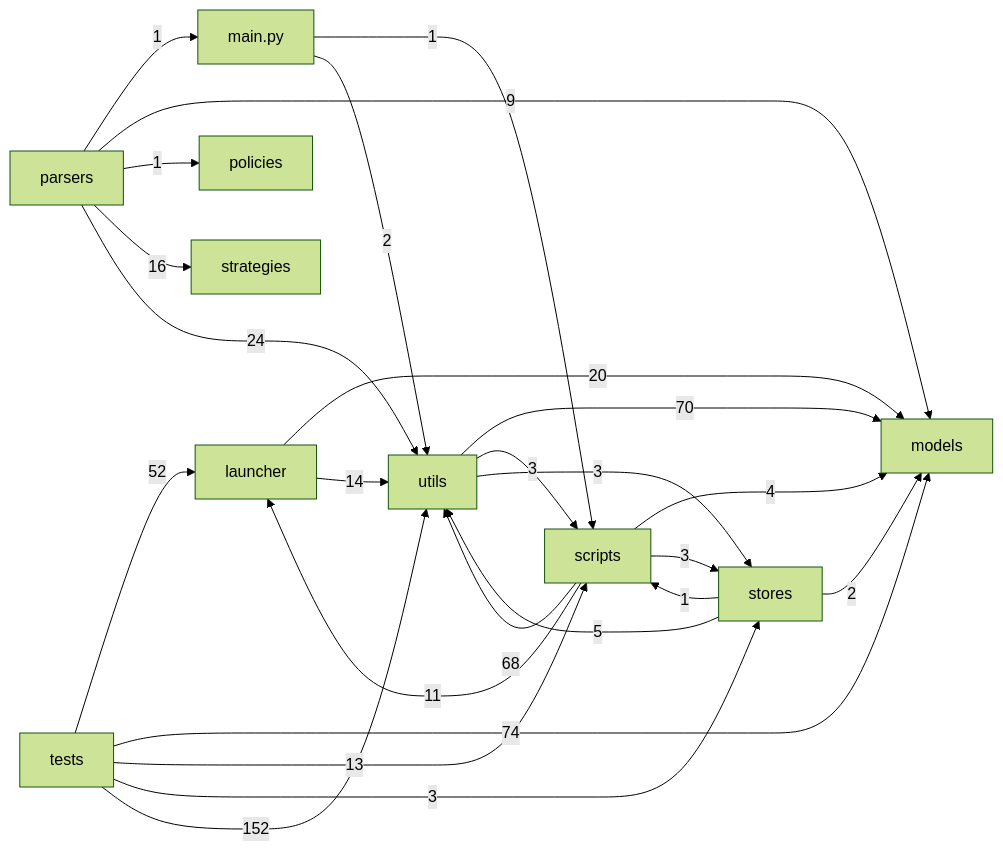
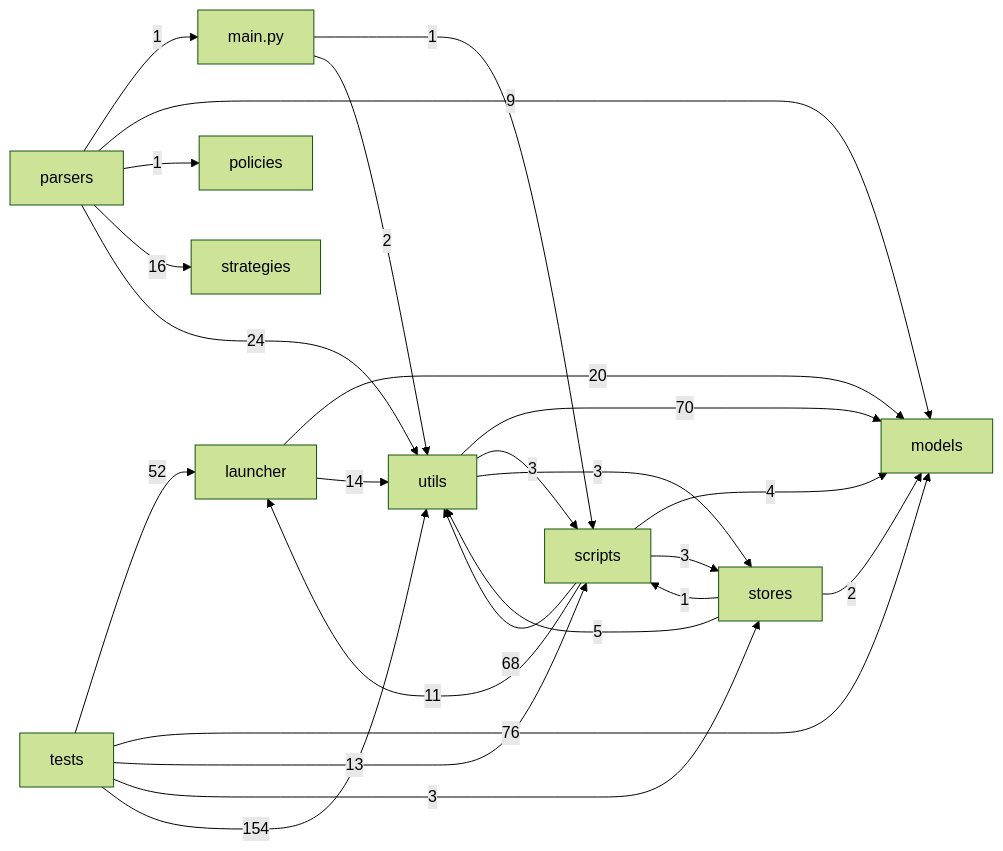
The sixth of 6 diagrams in docs/PROJECT_FILE_FLOW_MAP.md (Lyti4/ParserRIba), drawn with Mermaid (forest theme) before and after one commit. The commit also changed other lines of this file and 9 other files, not shown here.

````diff
--- a/docs/PROJECT_FILE_FLOW_MAP.md
+++ b/docs/PROJECT_FILE_FLOW_MAP.md
@@ -618,27 +618,27 @@
 ```mermaid
 flowchart LR
   n_launcher[launcher] -->|20| n_models[models]
   n_launcher[launcher] -->|14| n_utils[utils]
   n_main_py[main.py] -->|1| n_scripts[scripts]
   n_main_py[main.py] -->|2| n_utils[utils]
   n_parsers[parsers] -->|1| n_main_py[main.py]
   n_parsers[parsers] -->|9| n_models[models]
   n_parsers[parsers] -->|1| n_policies[policies]
   n_parsers[parsers] -->|16| n_strategies[strategies]
   n_parsers[parsers] -->|24| n_utils[utils]
   n_scripts[scripts] -->|11| n_launcher[launcher]
   n_scripts[scripts] -->|4| n_models[models]
   n_scripts[scripts] -->|3| n_stores[stores]
   n_scripts[scripts] -->|68| n_utils[utils]
   n_stores[stores] -->|2| n_models[models]
   n_stores[stores] -->|1| n_scripts[scripts]
   n_stores[stores] -->|5| n_utils[utils]
   n_tests[tests] -->|52| n_launcher[launcher]
-  n_tests[tests] -->|74| n_models[models]
+  n_tests[tests] -->|76| n_models[models]
   n_tests[tests] -->|13| n_scripts[scripts]
   n_tests[tests] -->|3| n_stores[stores]
-  n_tests[tests] -->|152| n_utils[utils]
+  n_tests[tests] -->|154| n_utils[utils]
   n_utils[utils] -->|70| n_models[models]
   n_utils[utils] -->|3| n_scripts[scripts]
   n_utils[utils] -->|3| n_stores[stores]
 ```
````
